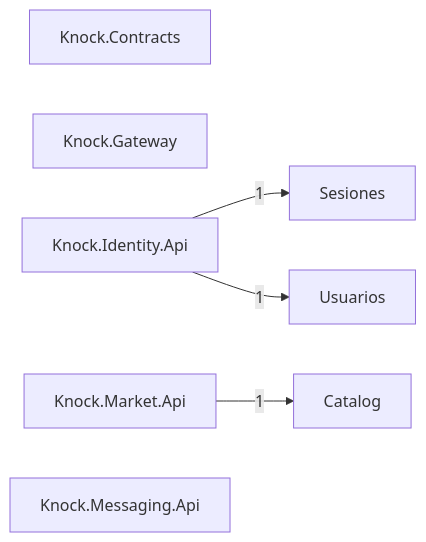
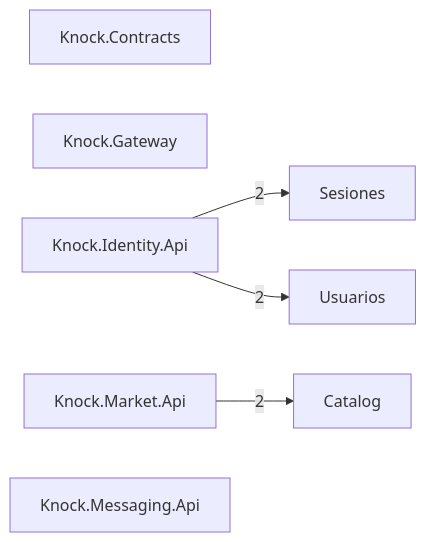
Before and after one commit to Tensei-Devs/knock-backend: the diagram in docs/architecture/modules.mmd, drawn with Mermaid. The commit also changed 45 other files, not shown here.

Commit message:
feat(catalog): add Redis cache, ETag/304, configurable TTL and JSON compression (KNOCK-205)

```diff
--- a/docs/architecture/modules.mmd
+++ b/docs/architecture/modules.mmd
@@ -1,12 +1,12 @@
 graph LR
   Catalog["Catalog"]
   Knock_Contracts["Knock.Contracts"]
   Knock_Gateway["Knock.Gateway"]
   Knock_Identity_Api["Knock.Identity.Api"]
   Knock_Market_Api["Knock.Market.Api"]
   Knock_Messaging_Api["Knock.Messaging.Api"]
   Sesiones["Sesiones"]
   Usuarios["Usuarios"]
-  Knock_Identity_Api -->|1| Sesiones
-  Knock_Identity_Api -->|1| Usuarios
-  Knock_Market_Api -->|1| Catalog
+  Knock_Identity_Api -->|2| Sesiones
+  Knock_Identity_Api -->|2| Usuarios
+  Knock_Market_Api -->|2| Catalog
```
